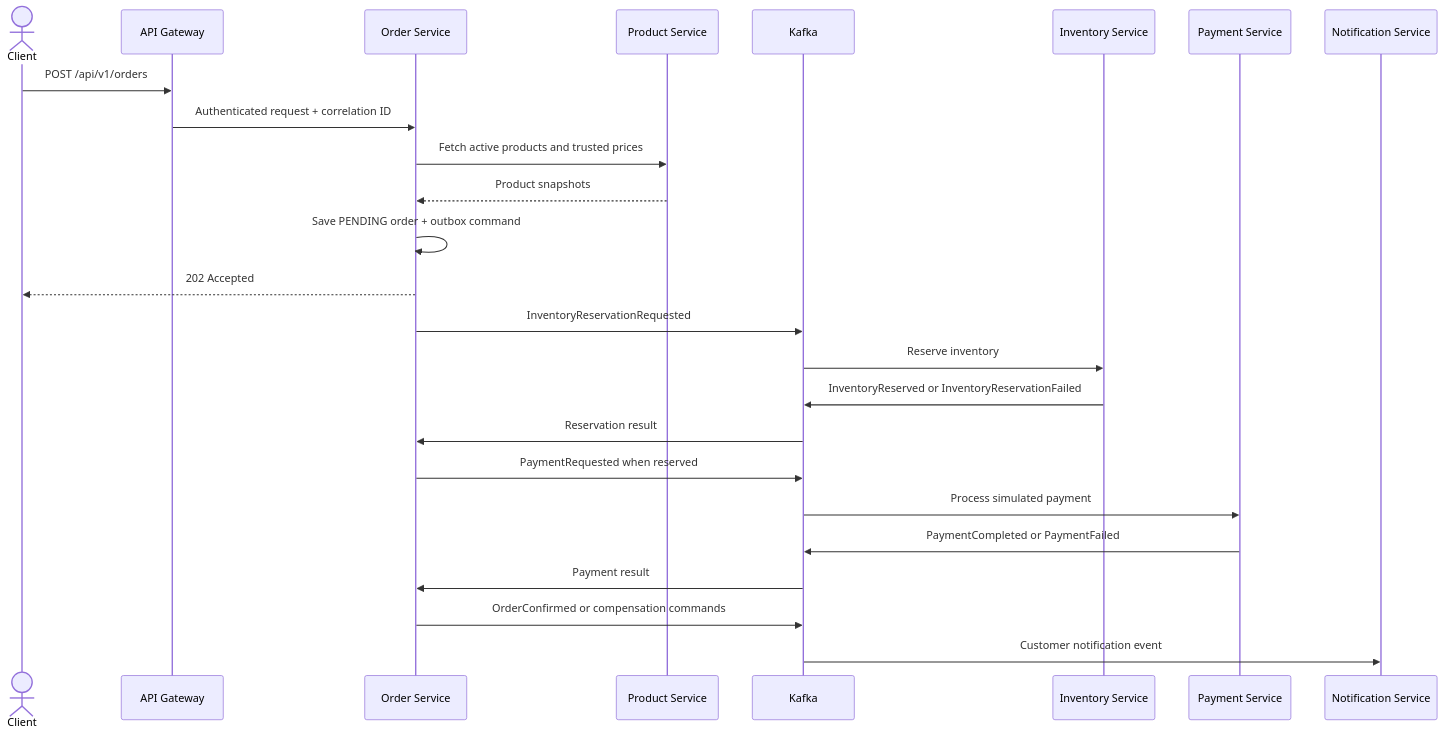
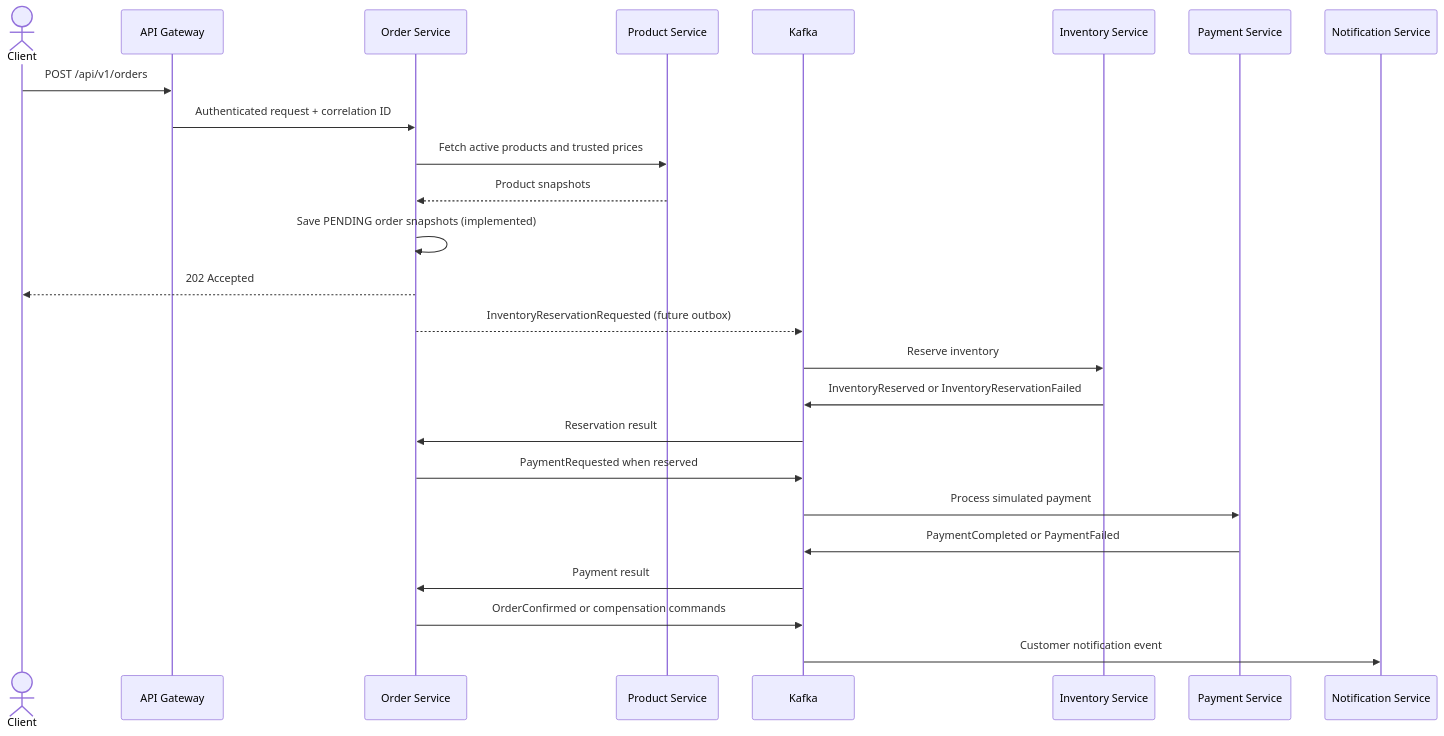
Before and after one commit to tranverse/ecommerce-microservices: the second of 2 diagrams in docs/architecture/system-overview.md, drawn with Mermaid. The commit also changed other lines of this file and 13 other files, not shown here.

Commit message:
docs(order): explain synchronous acceptance flow

````diff
--- a/docs/architecture/system-overview.md
+++ b/docs/architecture/system-overview.md
@@ -69,28 +69,28 @@
 ```mermaid
 sequenceDiagram
     actor Client
     participant G as API Gateway
     participant O as Order Service
     participant P as Product Service
     participant K as Kafka
     participant I as Inventory Service
     participant Pay as Payment Service
     participant N as Notification Service
 
     Client->>G: POST /api/v1/orders
     G->>O: Authenticated request + correlation ID
     O->>P: Fetch active products and trusted prices
     P-->>O: Product snapshots
-    O->>O: Save PENDING order + outbox command
+    O->>O: Save PENDING order snapshots (implemented)
     O-->>Client: 202 Accepted
-    O->>K: InventoryReservationRequested
+    O-->>K: InventoryReservationRequested (future outbox)
     K->>I: Reserve inventory
     I->>K: InventoryReserved or InventoryReservationFailed
     K->>O: Reservation result
     O->>K: PaymentRequested when reserved
     K->>Pay: Process simulated payment
     Pay->>K: PaymentCompleted or PaymentFailed
     K->>O: Payment result
     O->>K: OrderConfirmed or compensation commands
     K->>N: Customer notification event
 ```
````
